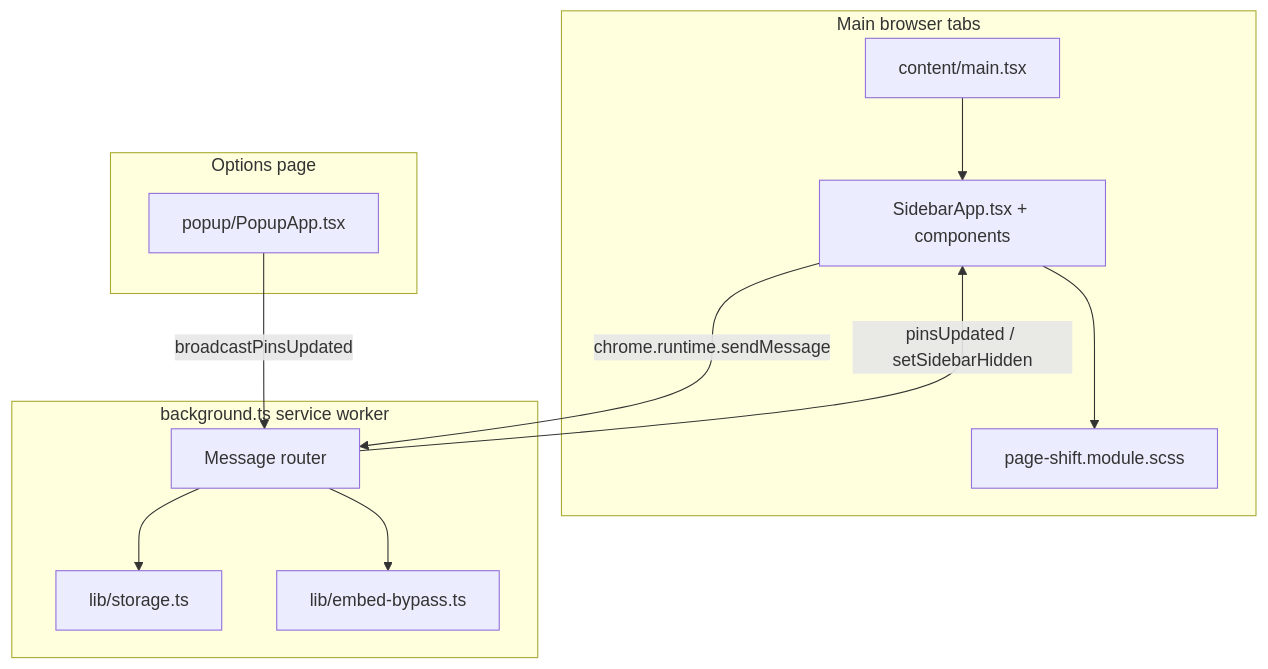
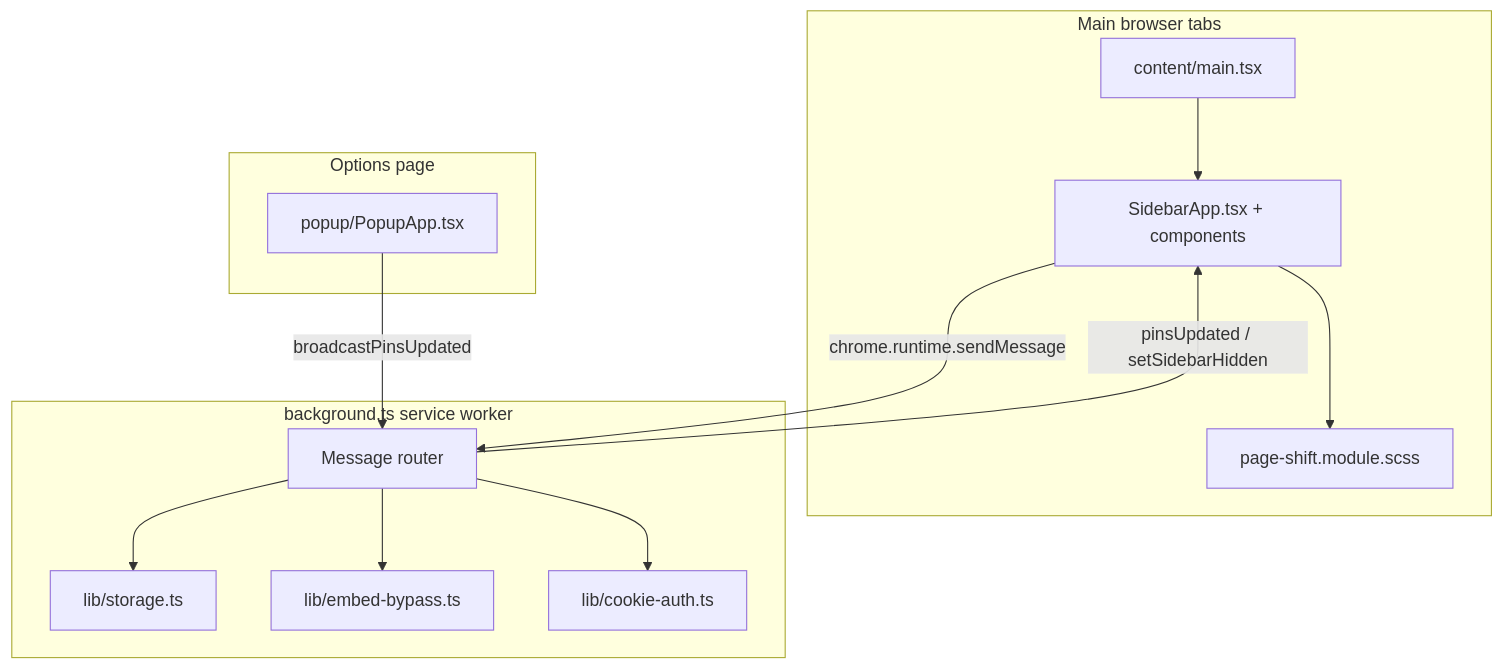
One commit to bryanChatsirichai/chrome_sidebar_extension changed the diagram in docs/IMPLEMENTATION.md. Above: the diagram before and after it, drawn with Mermaid. The commit also changed other lines of this file, not shown here.

Commit message:
Update architecture doc

````diff
--- a/docs/IMPLEMENTATION.md
+++ b/docs/IMPLEMENTATION.md
@@ -19,26 +19,28 @@
 ```mermaid
 flowchart TB
   subgraph pages [Main browser tabs]
     MAIN[content/main.tsx]
     SA[SidebarApp.tsx + components]
     PSC[page-shift.module.scss]
     MAIN --> SA
     SA --> PSC
   end
 
   subgraph sw [background.ts service worker]
     BG[Message router]
     ST[lib/storage.ts]
     EB[lib/embed-bypass.ts]
+    CA[lib/cookie-auth.ts]
   end
 
   subgraph options [Options page]
     POP[popup/PopupApp.tsx]
   end
 
   SA -->|chrome.runtime.sendMessage| BG
   BG --> EB
+  BG --> CA
   BG --> ST
   POP -->|broadcastPinsUpdated| BG
   BG -->|pinsUpdated / setSidebarHidden| SA
 ```
````
